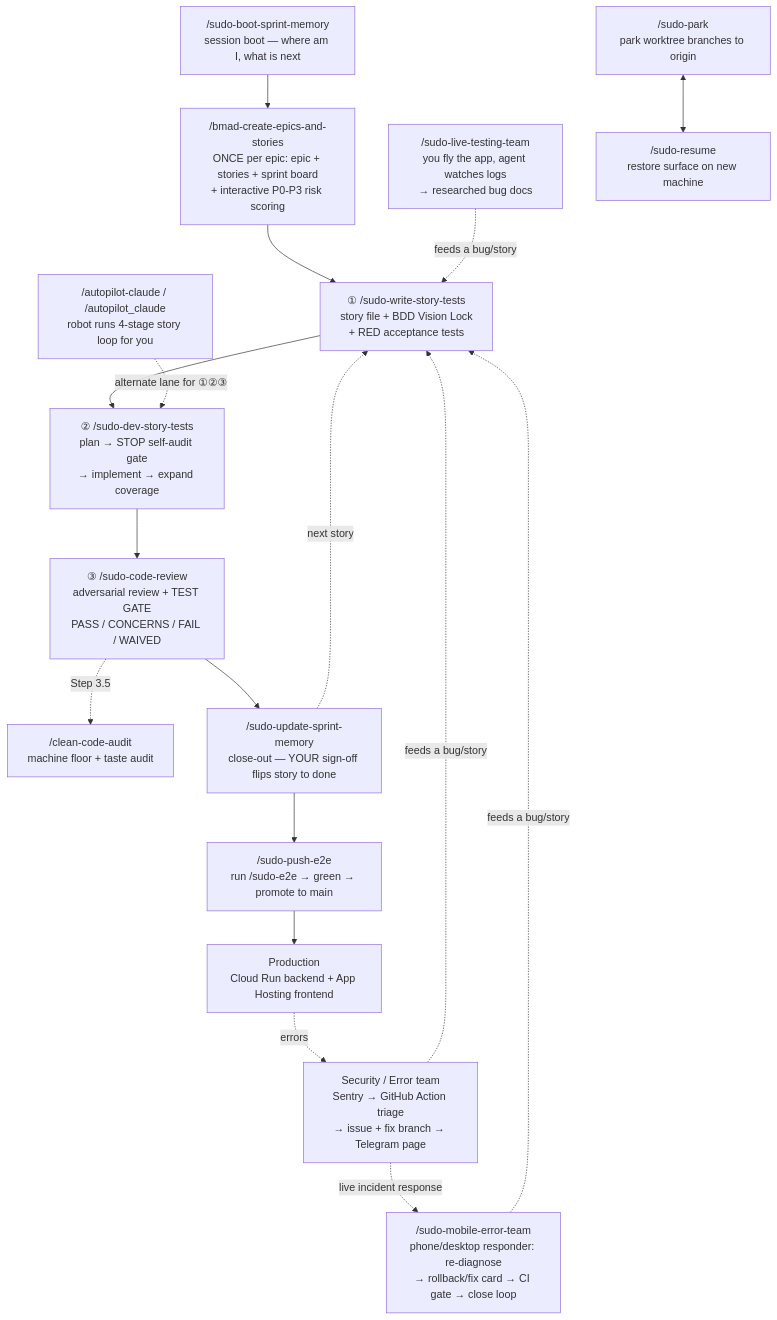
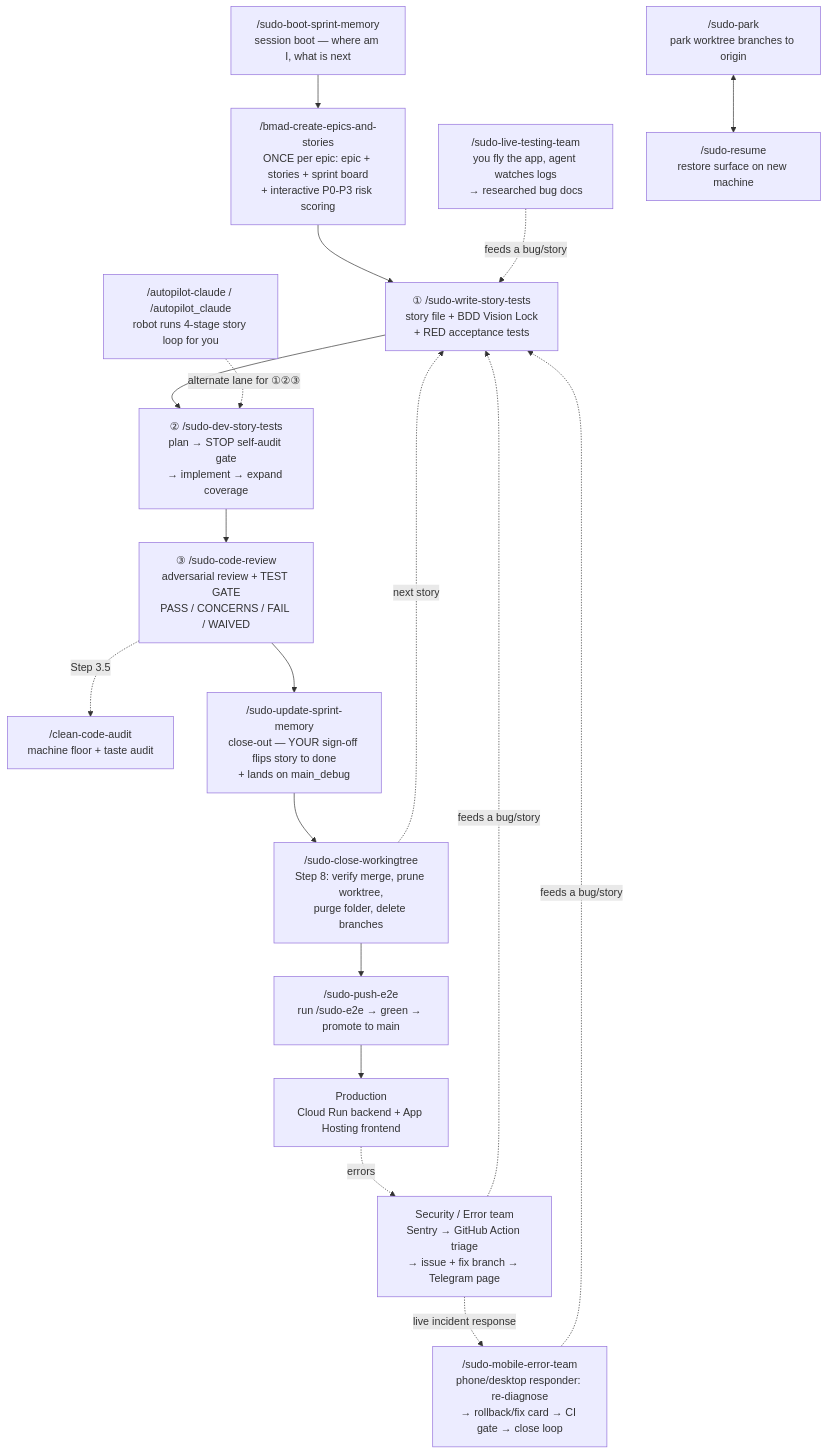
Before and after one commit to sudomadhatter/Sudo_Hatter_Command: the first of 2 diagrams in _my_resources/_quick_reference/sudo_workflows_testing.md, drawn with Mermaid. The commit also changed 8 other files, not shown here.

Commit message:
docs: document sudo flow and rules audit findings with implementation plan for command hardening

````diff
--- a/_my_resources/_quick_reference/sudo_workflows_testing.md
+++ b/_my_resources/_quick_reference/sudo_workflows_testing.md
@@ -13,19 +13,20 @@
 ```mermaid
 flowchart TD
     BOOT["/sudo-boot-sprint-memory\nsession boot — where am I, what is next"] --> KICK["/bmad-create-epics-and-stories\nONCE per epic: epic + stories + sprint board\n+ interactive P0-P3 risk scoring"]
     KICK --> ONE["① /sudo-write-story-tests\nstory file + BDD Vision Lock\n+ RED acceptance tests"]
     ONE --> TWO["② /sudo-dev-story-tests\nplan → STOP self-audit gate\n→ implement → expand coverage"]
     TWO --> THREE["③ /sudo-code-review\nadversarial review + TEST GATE\nPASS / CONCERNS / FAIL / WAIVED"]
     THREE -.->|"Step 3.5"| CLEAN["/clean-code-audit\nmachine floor + taste audit"]
-    THREE --> CLOSE["/sudo-update-sprint-memory\nclose-out — YOUR sign-off flips story to done"]
-    CLOSE -.->|"next story"| ONE
-    CLOSE --> SHIP["/sudo-push-e2e\nrun /sudo-e2e → green → promote to main"]
+    THREE --> CLOSE["/sudo-update-sprint-memory\nclose-out — YOUR sign-off flips story to done\n+ lands on main_debug"]
+    CLOSE --> CLOSEWT["/sudo-close-workingtree\nStep 8: verify merge, prune worktree,\npurge folder, delete branches"]
+    CLOSEWT -.->|"next story"| ONE
+    CLOSEWT --> SHIP["/sudo-push-e2e\nrun /sudo-e2e → green → promote to main"]
     SHIP --> PROD["Production\nCloud Run backend + App Hosting frontend"]
     PROD -.->|"errors"| SEC["Security / Error team\nSentry → GitHub Action triage\n→ issue + fix branch → Telegram page"]
     SEC -.->|"live incident response"| MOBERR["/sudo-mobile-error-team\nphone/desktop responder: re-diagnose\n→ rollback/fix card → CI gate → close loop"]
     MOBERR -.->|"feeds a bug/story"| ONE
     SEC -.->|"feeds a bug/story"| ONE
     LIVE["/sudo-live-testing-team\nyou fly the app, agent watches logs\n→ researched bug docs"] -.->|"feeds a bug/story"| ONE
     AP["/autopilot-claude / /autopilot_claude\nrobot runs 4-stage story loop for you"] -.->|"alternate lane for ①②③"| TWO
     PARK["/sudo-park\npark worktree branches to origin"] <--> RESUME["/sudo-resume\nrestore surface on new machine"]
 ```
````
